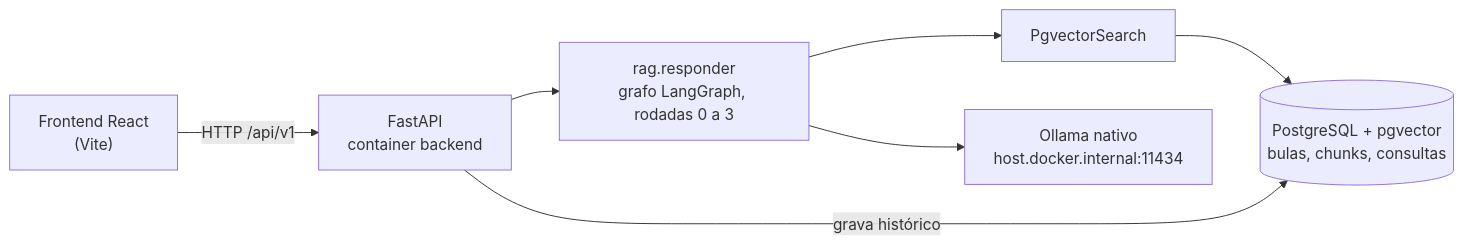
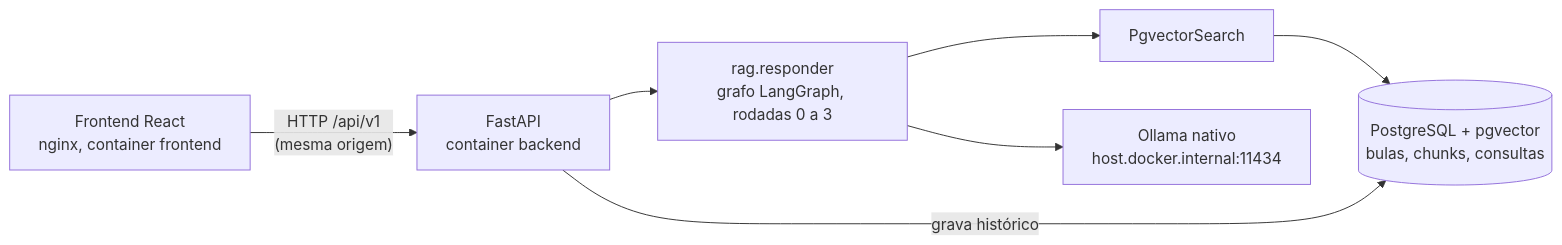
The second of 5 diagrams in README.md (umdevaprendiz/farma-rag), drawn with Mermaid before and after one commit. The commit also changed other lines of this file and 9 other files, not shown here.

Commit message:
serviço frontend no docker compose: nginx servindo o build e repassando a api

````diff
--- a/README.md
+++ b/README.md
@@ -122,9 +123,9 @@
 ```mermaid
 flowchart LR
-  UI["Frontend React<br/>(Vite)"] -- "HTTP /api/v1" --> API["FastAPI<br/>container backend"]
+  UI["Frontend React<br/>nginx, container frontend"] -- "HTTP /api/v1<br/>(mesma origem)" --> API["FastAPI<br/>container backend"]
   API --> RAG["rag.responder<br/>grafo LangGraph, rodadas 0 a 3"]
   RAG --> BV["PgvectorSearch"]
   BV --> PG[("PostgreSQL + pgvector<br/>bulas, chunks, consultas")]
   RAG --> OLL["Ollama nativo<br/>host.docker.internal:11434"]
   API -- "grava histórico" --> PG
 ```
````
